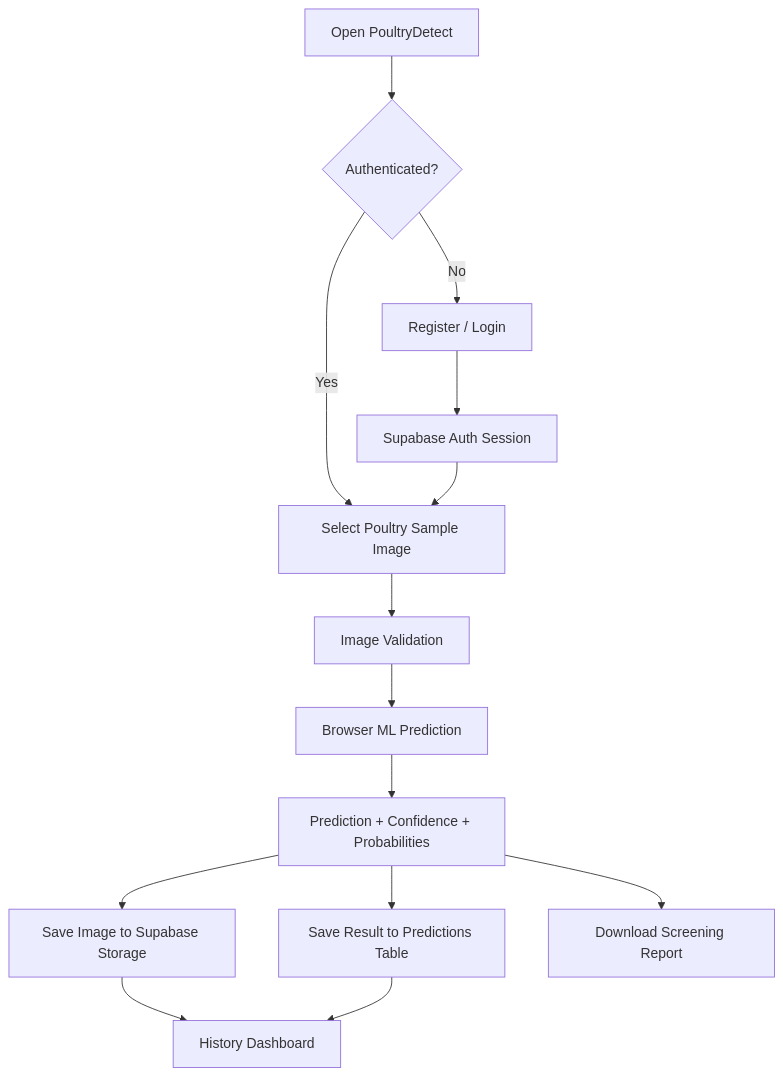
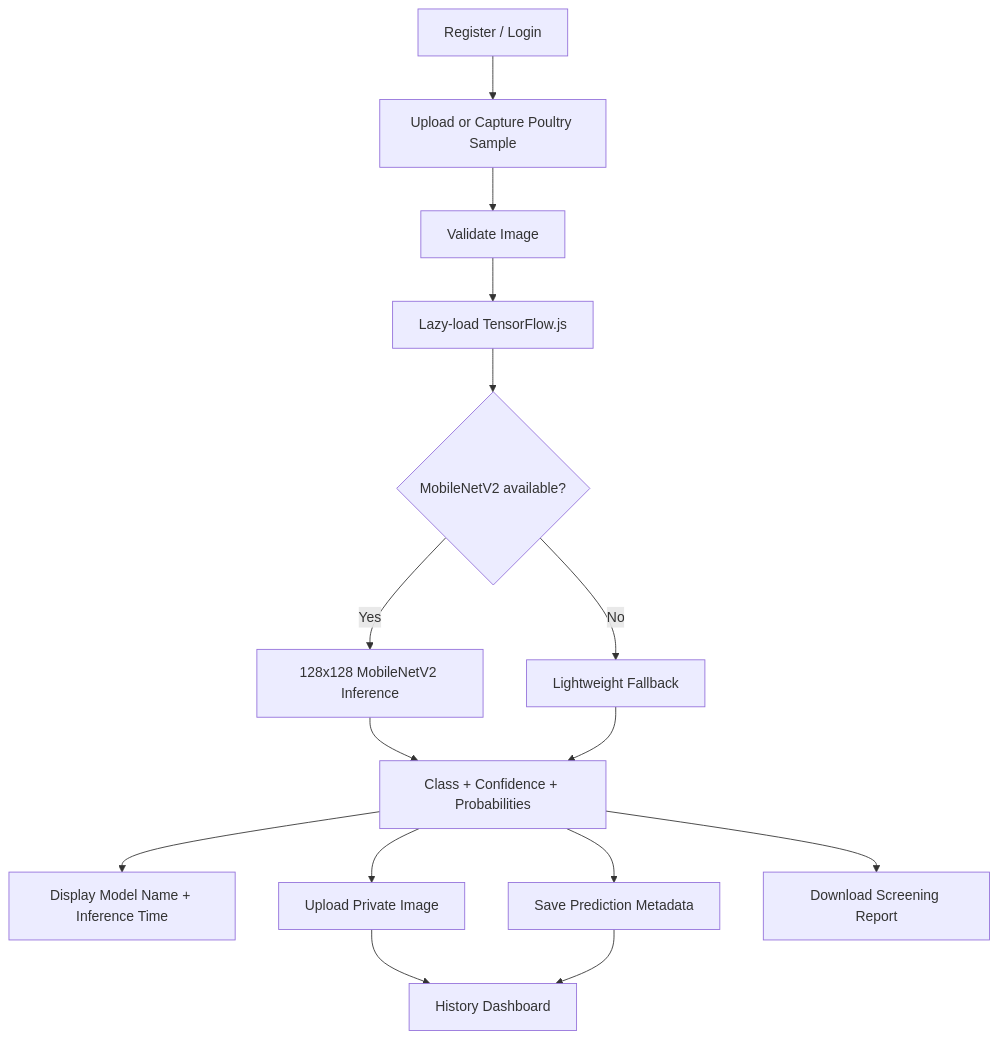
One commit to Mithun9661/poultry-disease-classification changed the second of 2 diagrams in README.md. Above: the diagram before and after it, drawn with Mermaid. The commit also changed other lines of this file, not shown here.

Commit message:
docs: refresh README for completed production architecture

````diff
--- a/README.md
+++ b/README.md
@@ -121,16 +158,17 @@
 ```mermaid
 flowchart TD
-    A[Open PoultryDetect] --> B{Authenticated?}
-    B -- No --> C[Register / Login]
-    C --> D[Supabase Auth Session]
-    B -- Yes --> E[Select Poultry Sample Image]
-    D --> E
-    E --> F[Image Validation]
-    F --> G[Browser ML Prediction]
-    G --> H[Prediction + Confidence + Probabilities]
-    H --> I[Save Image to Supabase Storage]
-    H --> J[Save Result to Predictions Table]
-    I --> K[History Dashboard]
-    J --> K
-    H --> L[Download Screening Report]
+    A[Register / Login] --> B[Upload or Capture Poultry Sample]
+    B --> C[Validate Image]
+    C --> D[Lazy-load TensorFlow.js]
+    D --> E{MobileNetV2 available?}
+    E -- Yes --> F[128x128 MobileNetV2 Inference]
+    E -- No --> G[Lightweight Fallback]
+    F --> H[Class + Confidence + Probabilities]
+    G --> H
+    H --> I[Display Model Name + Inference Time]
+    H --> J[Upload Private Image]
+    H --> K[Save Prediction Metadata]
+    J --> L[History Dashboard]
+    K --> L
+    H --> M[Download Screening Report]
 ```
````
